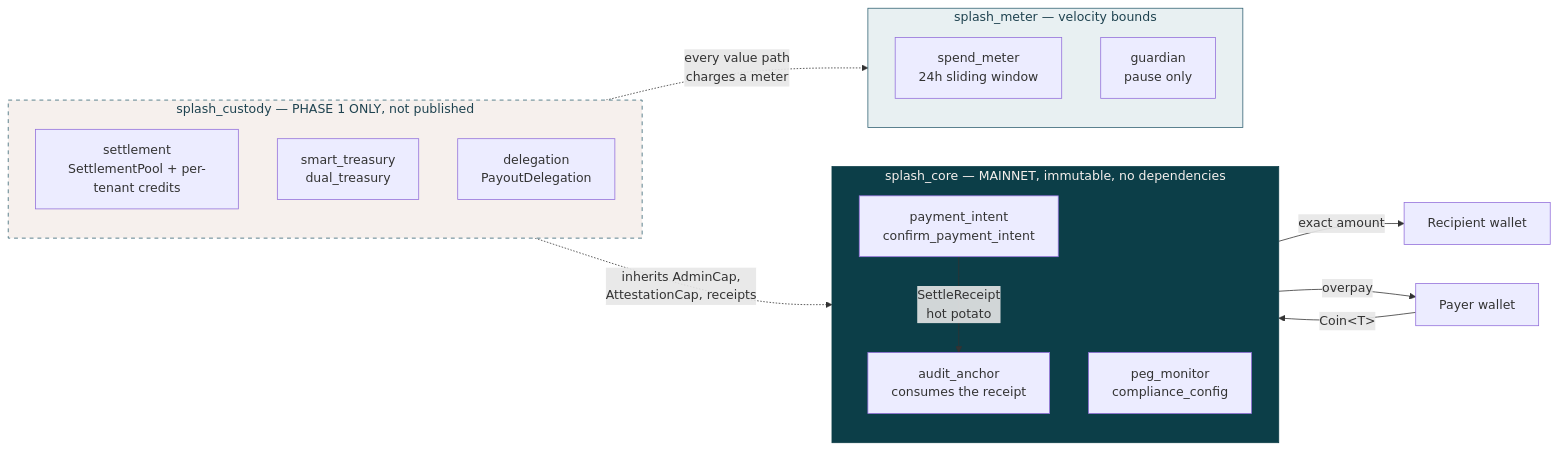
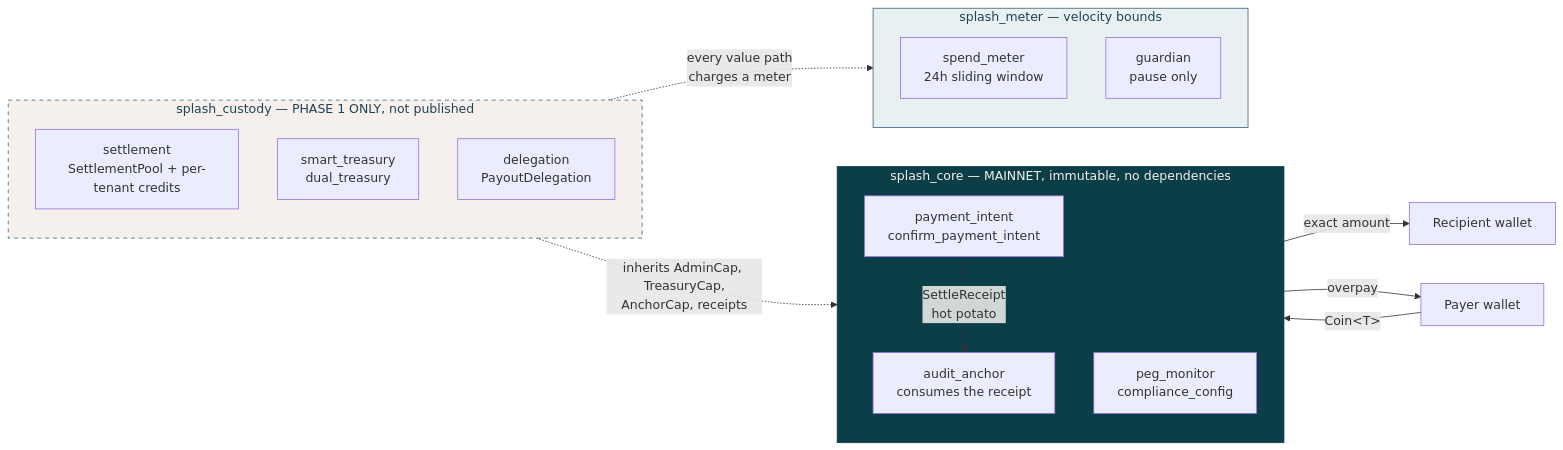
Before and after one commit to sky9484/SplashAN: the diagram in README.md, drawn with Mermaid. The commit also changed 90 other files, not shown here.

````diff
--- a/README.md
+++ b/README.md
@@ -15,38 +15,38 @@
 ```mermaid
 flowchart LR
     payer["Payer wallet"] -->|"Coin&lt;T&gt;"| confirm
 
     subgraph core["splash_core — MAINNET, immutable, no dependencies"]
         direction TB
         confirm["payment_intent<br/>confirm_payment_intent"]
         anchor["audit_anchor<br/>consumes the receipt"]
         peg["peg_monitor<br/>compliance_config"]
         confirm -->|"SettleReceipt<br/>hot potato"| anchor
     end
 
     confirm -->|"exact amount"| recipient["Recipient wallet"]
     confirm -->|"overpay"| payer
 
     subgraph custody["splash_custody — PHASE 1 ONLY, not published"]
         direction TB
         pool["settlement<br/>SettlementPool + per-tenant credits"]
         treas["smart_treasury<br/>dual_treasury"]
         deleg["delegation<br/>PayoutDelegation"]
     end
 
     subgraph meter["splash_meter — velocity bounds"]
         direction TB
         sm["spend_meter<br/>24h sliding window"]
         gd["guardian<br/>pause only"]
     end
 
     custody -.->|"every value path<br/>charges a meter"| meter
-    custody -.->|"inherits AdminCap,<br/>AttestationCap, receipts"| core
+    custody -.->|"inherits AdminCap, TreasuryCap,<br/>AnchorCap, receipts"| core
 
     classDef mainnet fill:#0C3E48,stroke:#0C3E48,color:#F6F0ED
     classDef phase1 fill:#F6F0ED,stroke:#326273,color:#1f4350,stroke-dasharray: 5 5
     classDef bounds fill:#E8F0F2,stroke:#326273,color:#1f4350
     class core mainnet
     class custody phase1
     class meter bounds
 ```
````
